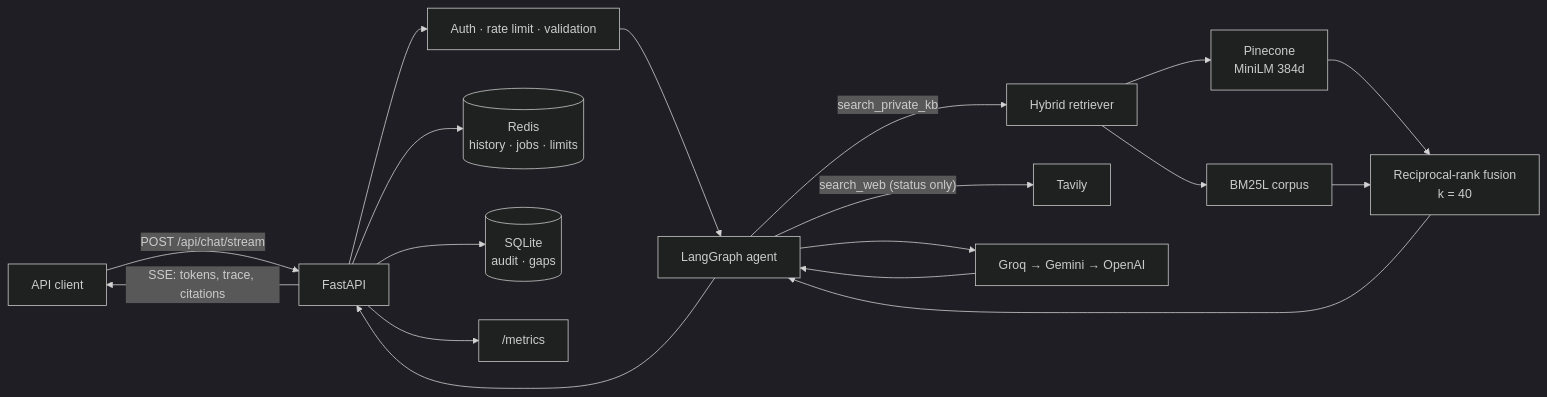
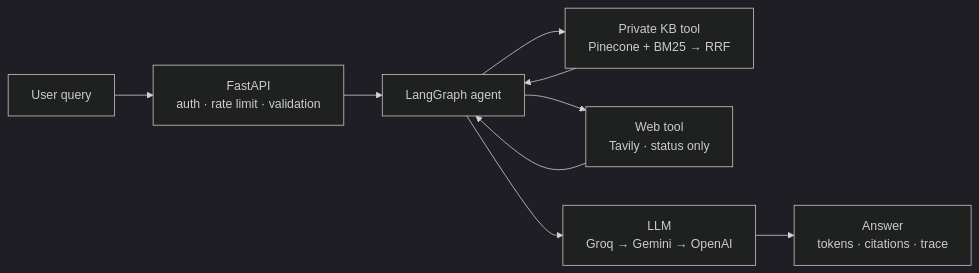
One commit to dipak-shaaki/IT-support-Agent changed the diagram in README.md. Above: the diagram before and after it, drawn with Mermaid (dark theme). The commit also changed other lines of this file, not shown here.

````diff
--- a/README.md
+++ b/README.md
@@ -31,23 +31,11 @@
 ```mermaid
 flowchart LR
-    Client["API client"] -->|"POST /api/chat/stream"| API["FastAPI"]
-    API --> Guard["Auth · rate limit · validation"]
-    Guard --> Agent["LangGraph agent"]
-
-    Agent -->|"search_private_kb"| Hybrid["Hybrid retriever"]
-    Hybrid --> Vector["Pinecone<br/>MiniLM 384d"]
-    Hybrid --> BM25["BM25L corpus"]
-    Vector --> RRF["Reciprocal-rank fusion<br/>k = 40"]
-    BM25 --> RRF
-    RRF --> Agent
-
-    Agent -->|"search_web (status only)"| Web["Tavily"]
-    Agent --> LLM["Groq → Gemini → OpenAI"]
-    LLM --> Agent
-    Agent --> API
-    API -->|"SSE: tokens, trace, citations"| Client
-
-    API --> Redis[("Redis<br/>history · jobs · limits")]
-    API --> DB[("SQLite<br/>audit · gaps")]
-    API --> Metrics["/metrics"]
+    Q["User query"] --> API["FastAPI<br/>auth · rate limit · validation"]
+    API --> Agent["LangGraph agent"]
+    Agent --> KB["Private KB tool<br/>Pinecone + BM25 → RRF"]
+    Agent --> Web["Web tool<br/>Tavily · status only"]
+    KB --> Agent
+    Web --> Agent
+    Agent --> LLM["LLM<br/>Groq → Gemini → OpenAI"]
+    LLM --> Out["Answer<br/>tokens · citations · trace"]
 ```
````
